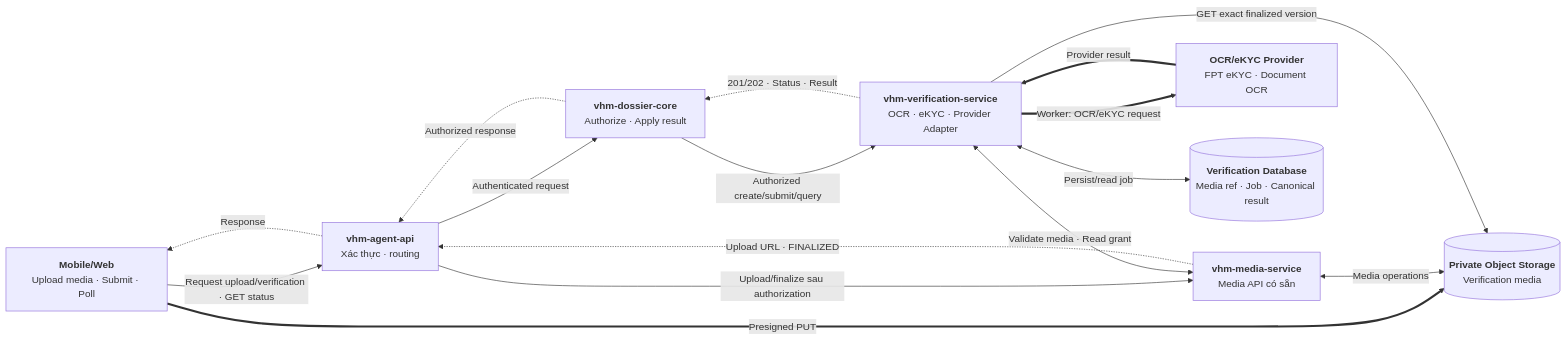
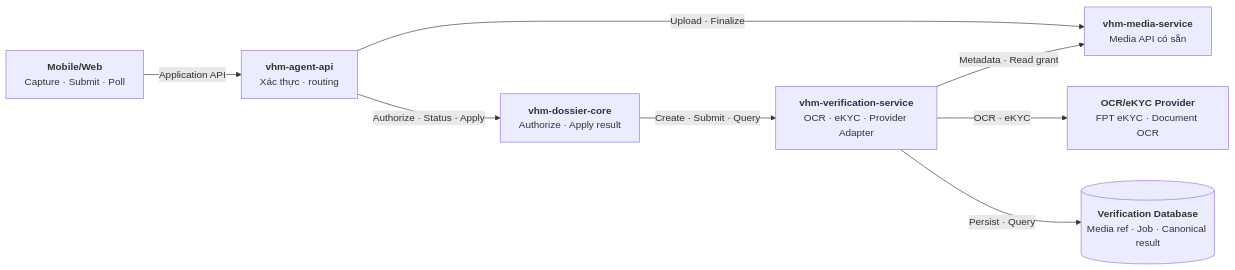
The first of 8 diagrams in noxh.md (huynv-xyz/vhm), drawn with Mermaid before and after one commit. The commit also changed other lines of this file, not shown here.

````diff
--- a/noxh.md
+++ b/noxh.md
@@ -75,37 +75,25 @@
 ```mermaid
 flowchart LR
     CLIENT["`**Mobile/Web**
-Upload media · Submit · Poll`"]
+Capture · Submit · Poll`"]
     BFF["`**vhm-agent-api**
 Xác thực · routing`"]
     DOSSIER["`**vhm-dossier-core**
 Authorize · Apply result`"]
     MEDIA_SERVICE["`**vhm-media-service**
 Media API có sẵn`"]
     VERIFY["`**vhm-verification-service**
 OCR · eKYC · Provider Adapter`"]
-    MEDIA[("`**Private Object Storage**
-Verification media`")]
     PROVIDER["`**OCR/eKYC Provider**
 FPT eKYC · Document OCR`"]
     DB[("`**Verification Database**
 Media ref · Job · Canonical result`")]
 
-    CLIENT -->|"Request upload/verification · GET status"| BFF
-    BFF -->|"Authenticated request"| DOSSIER
-    BFF -->|"Upload/finalize sau authorization"| MEDIA_SERVICE
-    DOSSIER -->|"Authorized create/submit/query"| VERIFY
-
-    CLIENT ==>|"Presigned PUT"| MEDIA
-    MEDIA_SERVICE <-->|"Media operations"| MEDIA
-    VERIFY <-->|"Validate media · Read grant"| MEDIA_SERVICE
-    VERIFY -->|"GET exact finalized version"| MEDIA
-    VERIFY ==>|"Worker: OCR/eKYC request"| PROVIDER
-    PROVIDER ==>|"Provider result"| VERIFY
-    VERIFY <-->|"Persist/read job"| DB
-
-    MEDIA_SERVICE -.->|"Upload URL · FINALIZED"| BFF
-    VERIFY -.->|"201/202 · Status · Result"| DOSSIER
-    DOSSIER -.->|"Authorized response"| BFF
-    BFF -.->|"Response"| CLIENT
+    CLIENT -->|"Application API"| BFF
+    BFF -->|"Authorize · Status · Apply"| DOSSIER
+    BFF -->|"Upload · Finalize"| MEDIA_SERVICE
+    DOSSIER -->|"Create · Submit · Query"| VERIFY
+    VERIFY -->|"Metadata · Read grant"| MEDIA_SERVICE
+    VERIFY -->|"OCR · eKYC"| PROVIDER
+    VERIFY -->|"Persist · Query"| DB
 ```
````
